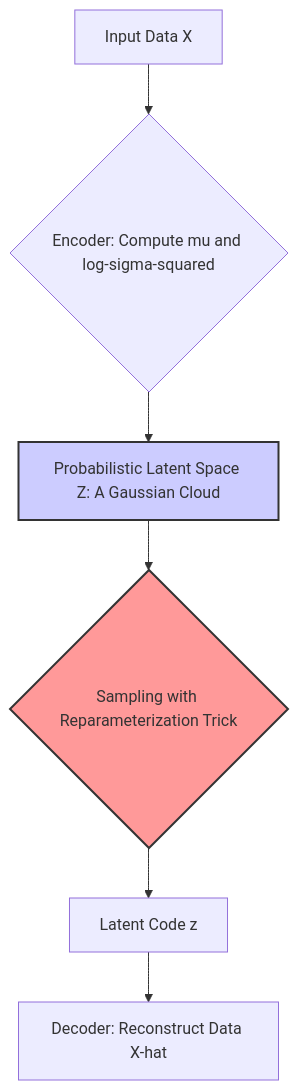
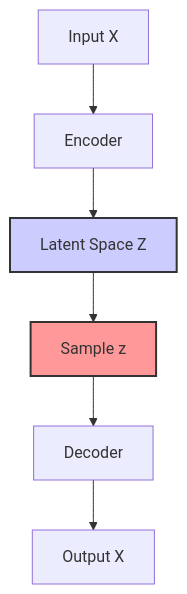
One commit to gopikrishtummala/gopikrishtummala.github.io changed the first of 4 diagrams in src/data/blog/variational-autoencoders-from-compression-to-creation.md. Above: the diagram before and after it, drawn with Mermaid. The commit also changed other lines of this file, not shown here.

Commit message:
Simplify all Mermaid diagrams for better readability

````diff
--- a/src/data/blog/variational-autoencoders-from-compression-to-creation.md
+++ b/src/data/blog/variational-autoencoders-from-compression-to-creation.md
@@ -85,10 +85,10 @@
 ```mermaid
 graph TD
-    A[Input Data X] --> B{Encoder: Compute mu and log-sigma-squared};
-    B --> C[Probabilistic Latent Space Z: A Gaussian Cloud];
-    C --> D{Sampling with Reparameterization Trick};
-    D --> E[Latent Code z];
-    E --> F[Decoder: Reconstruct Data X-hat];
-    style C fill:#ccf,stroke:#333,stroke-width:2px;
-    style D fill:#f99,stroke:#333,stroke-width:2px;
+    A[Input X] --> B[Encoder]
+    B --> C[Latent Space Z]
+    C --> D[Sample z]
+    D --> E[Decoder]
+    E --> F[Output X]
+    style C fill:#ccf,stroke:#333,stroke-width:2px
+    style D fill:#f99,stroke:#333,stroke-width:2px
 ```
````
